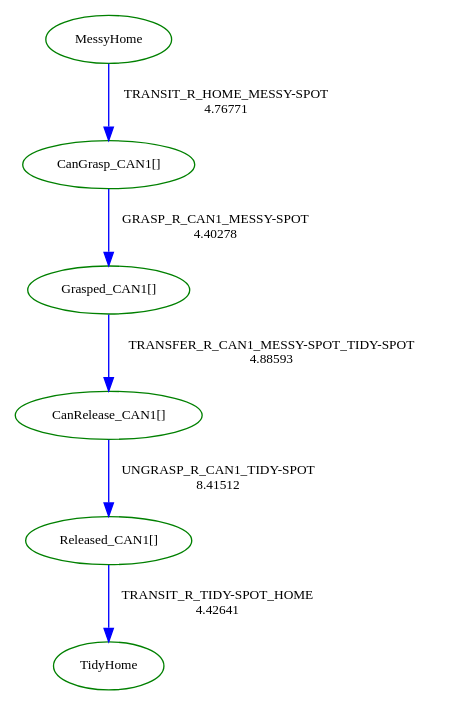
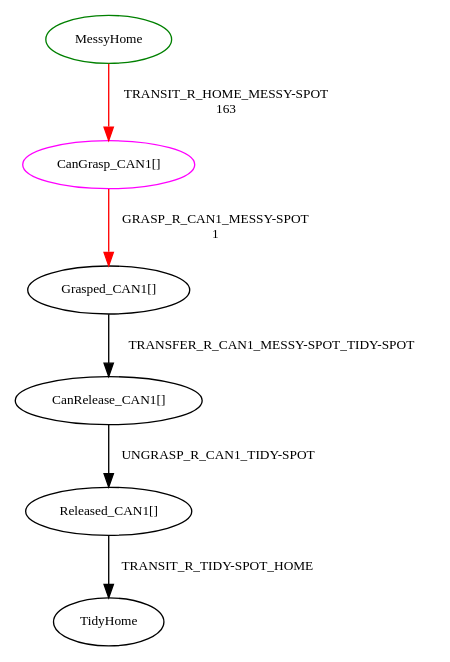
Before and after one commit to tttor/hiroken-ros-pkg: the diagram in planner_manager/tmg/tmg.dot, drawn with Graphviz. The commit also changed 3 other files, not shown here.

```diff
--- a/planner_manager/tmg/tmg.dot
+++ b/planner_manager/tmg/tmg.dot
@@ -1,13 +1,13 @@
 digraph G {
 0[label="MessyHome",fontsize="10",color="green"];
-1[label="TidyHome",fontsize="10",color="green"];
-2[label="CanGrasp_CAN1[]",fontsize="10",color="green"];
-3[label="Grasped_CAN1[]",fontsize="10",color="green"];
-4[label="CanRelease_CAN1[]",fontsize="10",color="green"];
-5[label="Released_CAN1[]",fontsize="10",color="green"];
-0->2 [label="TRANSIT_R_HOME_MESSY-SPOT\n4.76771",fontsize="10",color="blue"];
-2->3 [label="GRASP_R_CAN1_MESSY-SPOT\n4.40278",fontsize="10",color="blue"];
-3->4 [label="TRANSFER_R_CAN1_MESSY-SPOT_TIDY-SPOT\n4.88593",fontsize="10",color="blue"];
-4->5 [label="UNGRASP_R_CAN1_TIDY-SPOT\n8.41512",fontsize="10",color="blue"];
-5->1 [label="TRANSIT_R_TIDY-SPOT_HOME\n4.42641",fontsize="10",color="blue"];
+1[label="TidyHome",fontsize="10"];
+2[label="CanGrasp_CAN1[]",fontsize="10",color="magenta"];
+3[label="Grasped_CAN1[]",fontsize="10"];
+4[label="CanRelease_CAN1[]",fontsize="10"];
+5[label="Released_CAN1[]",fontsize="10"];
+0->2 [label="TRANSIT_R_HOME_MESSY-SPOT\n163",fontsize="10",color="red"];
+2->3 [label="GRASP_R_CAN1_MESSY-SPOT\n1",fontsize="10",color="red"];
+3->4 [label="TRANSFER_R_CAN1_MESSY-SPOT_TIDY-SPOT",fontsize="10"];
+4->5 [label="UNGRASP_R_CAN1_TIDY-SPOT",fontsize="10"];
+5->1 [label="TRANSIT_R_TIDY-SPOT_HOME",fontsize="10"];
 }
```
